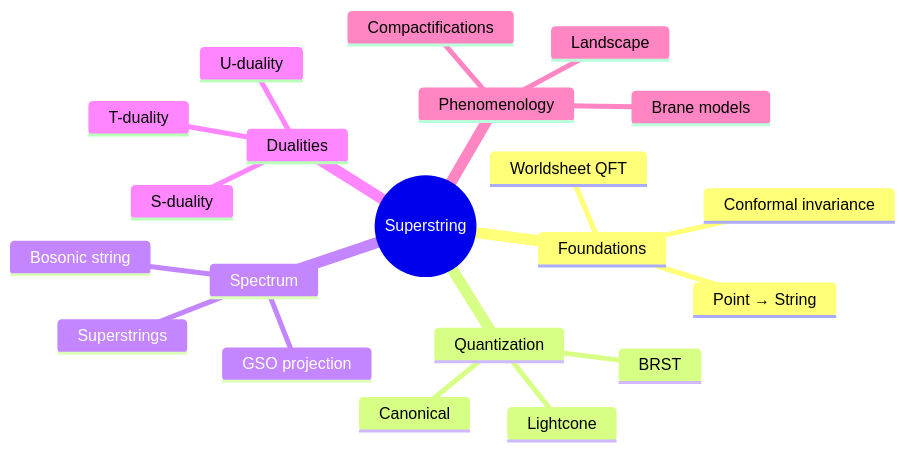
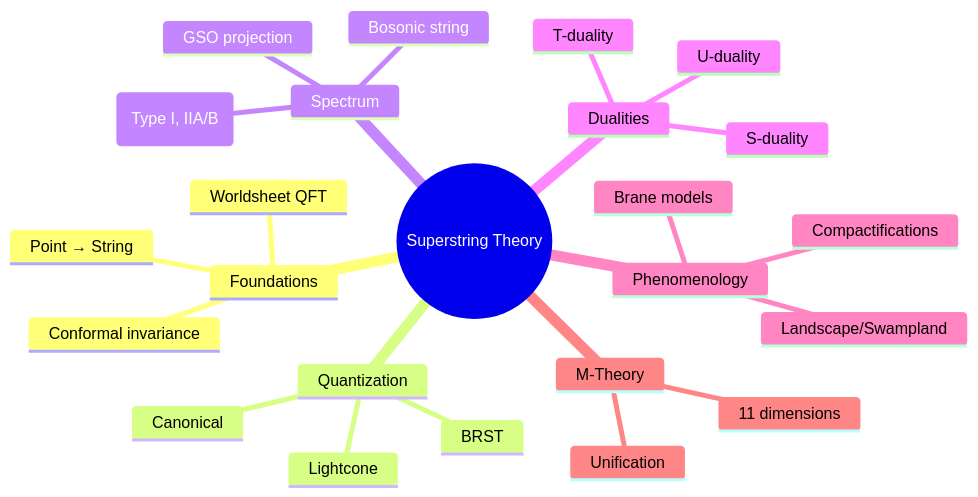
One commit to yip-lgtm/PhysicsSelfStudy changed the first of 5 diagrams in 03_MSc_Physics/electives/MSPY_6310_Superstring_Theory/README.md. Above: the diagram before and after it, drawn with Mermaid. The commit also changed other lines of this file and 17 other files, not shown here.

````diff
--- a/03_MSc_Physics/electives/MSPY_6310_Superstring_Theory/README.md
+++ b/03_MSc_Physics/electives/MSPY_6310_Superstring_Theory/README.md
@@ -237,24 +394,27 @@
 ```mermaid
 mindmap
-  root((Superstring))
+  root((Superstring Theory))
     Foundations
       Point → String
       Worldsheet QFT
       Conformal invariance
     Quantization
       Canonical
       Lightcone
       BRST
     Spectrum
       Bosonic string
-      Superstrings
+      Superstrings (Type I, IIA/B)
       GSO projection
     Dualities
       T-duality
       S-duality
       U-duality
     Phenomenology
       Compactifications
       Brane models
-      Landscape
+      Landscape/Swampland
+    M-Theory
+      11 dimensions
+      Unification
 ```
````
